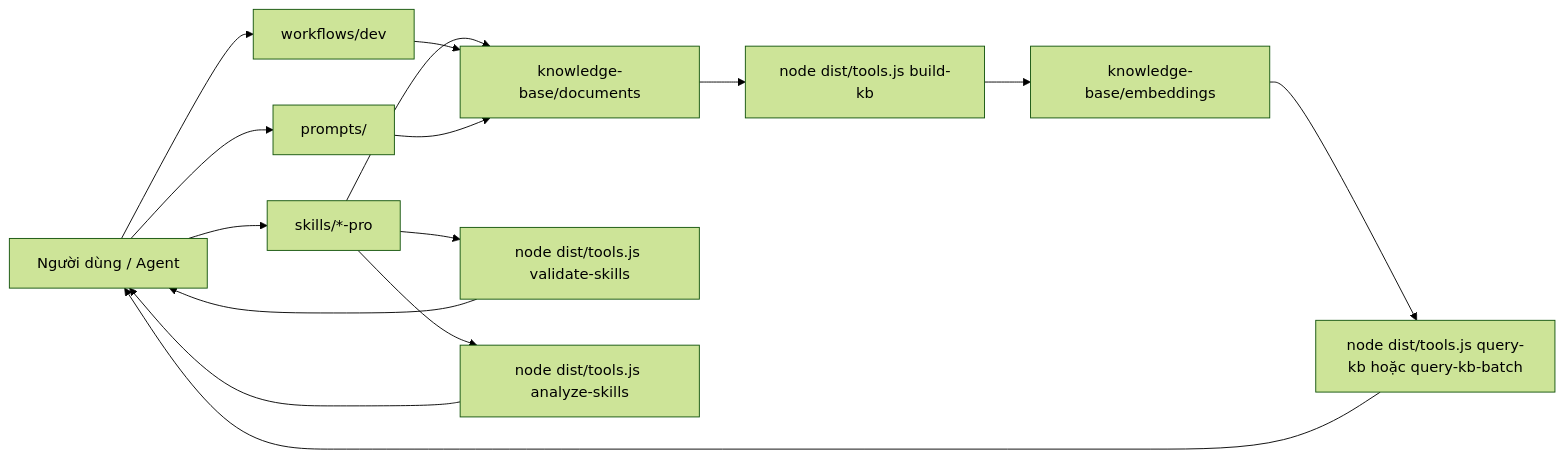
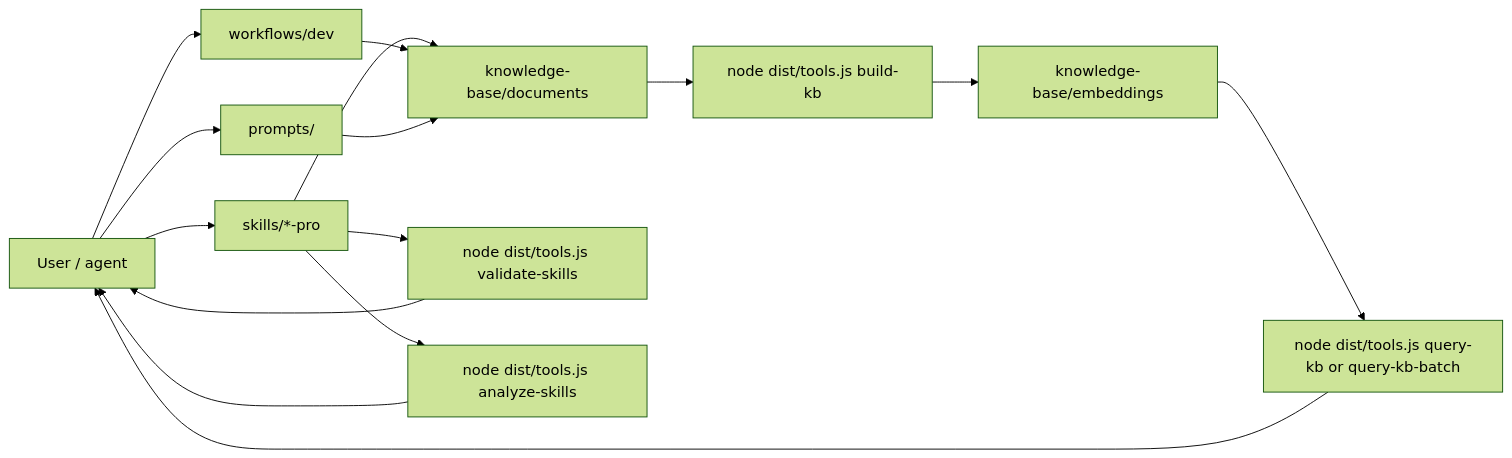
One commit to truongnat/skills changed the diagram in README.md. Above: the diagram before and after it, drawn with Mermaid (forest theme). The commit also changed other lines of this file and 30 other files, not shown here.

````diff
--- a/README.md
+++ b/README.md
@@ -60,20 +62,20 @@
 ```mermaid
 flowchart LR
-  USER[Người dùng / Agent] --> SKILLS[skills/*-pro]
+  USER[User / agent] --> SKILLS[skills/*-pro]
   USER --> WF[workflows/dev]
   USER --> PROMPTS[prompts/]
 
   SKILLS --> DOCS[knowledge-base/documents]
   WF --> DOCS
   PROMPTS --> DOCS
 
   DOCS --> BUILD[node dist/tools.js build-kb]
   BUILD --> EMB[knowledge-base/embeddings]
-  EMB --> QUERY[node dist/tools.js query-kb hoặc query-kb-batch]
+  EMB --> QUERY[node dist/tools.js query-kb or query-kb-batch]
   QUERY --> USER
 
   SKILLS --> VALIDATE[node dist/tools.js validate-skills]
   SKILLS --> ANALYZE[node dist/tools.js analyze-skills]
   VALIDATE --> USER
   ANALYZE --> USER
 ```
````
